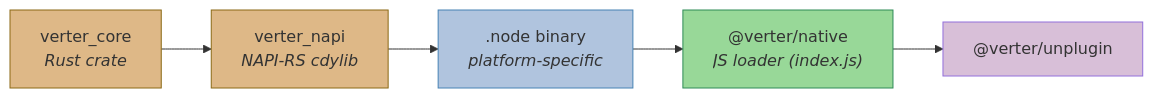
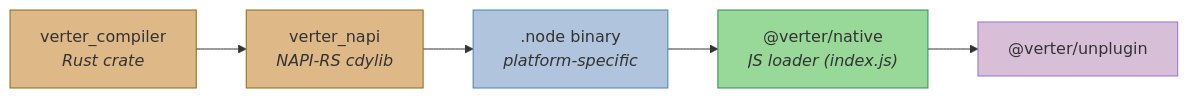
One commit to pikax/verter changed the first of 2 diagrams in packages/native/README.md. Above: the diagram before and after it, drawn with Mermaid. The commit also changed other lines of this file and 29 other files, not shown here.

````diff
--- a/packages/native/README.md
+++ b/packages/native/README.md
@@ -16,13 +16,13 @@
 ```mermaid
 graph LR
-    A["verter_core<br/><i>Rust crate</i>"] --> B["verter_napi<br/><i>NAPI-RS cdylib</i>"]
+    A["verter_compiler<br/><i>Rust crate</i>"] --> B["verter_napi<br/><i>NAPI-RS cdylib</i>"]
     B --> C[".node binary<br/><i>platform-specific</i>"]
     C --> D["@verter/native<br/><i>JS loader (index.js)</i>"]
     D --> F["@verter/unplugin"]
 
     style A fill:#deb887,stroke:#8b6914
     style B fill:#deb887,stroke:#8b6914
     style C fill:#b0c4de,stroke:#4682b4
     style D fill:#98d898,stroke:#2e8b57
     style F fill:#d8bfd8,stroke:#9370db
 ```
````
